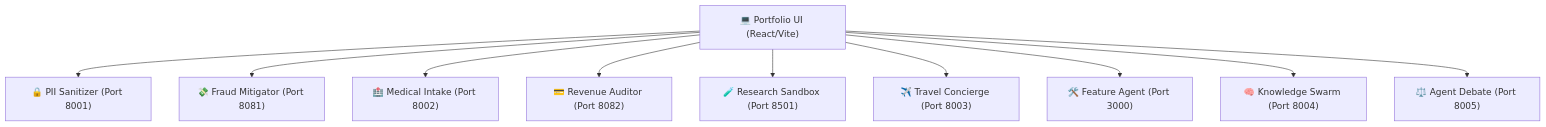
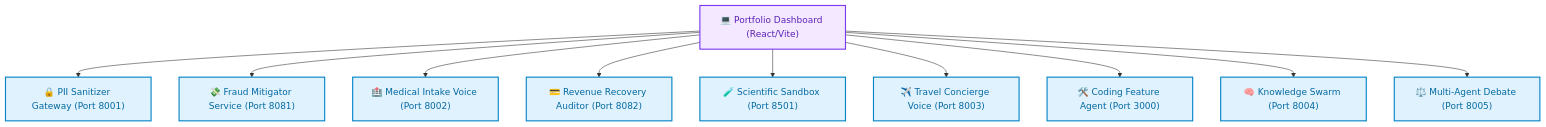
The diagram in README.md (akmalkhaniub/agentic-apps-portfolio), drawn with Mermaid before and after one commit. The commit also changed other lines of this file, not shown here.

Commit message:
docs: upgrade README with premium badges and custom-styled Mermaid charts

````diff
--- a/README.md
+++ b/README.md
@@ -13,12 +22,19 @@
 ```mermaid
 graph TD
-    UI["💻 Portfolio UI (React/Vite)"] --> P8001["🔒 PII Sanitizer (Port 8001)"]
-    UI --> P8081["💸 Fraud Mitigator (Port 8081)"]
-    UI --> P8002["🏥 Medical Intake (Port 8002)"]
-    UI --> P8082["💳 Revenue Auditor (Port 8082)"]
-    UI --> P8501["🧪 Research Sandbox (Port 8501)"]
-    UI --> P8003["✈️ Travel Concierge (Port 8003)"]
-    UI --> P3000["🛠️ Feature Agent (Port 3000)"]
+    classDef ui fill:#f3e8ff,stroke:#7c3aed,stroke-width:2px,color:#5b21b6;
+    classDef port fill:#e0f2fe,stroke:#0284c7,stroke-width:2px,color:#0369a1;
+    classDef agent fill:#fff7ed,stroke:#ea580c,stroke-width:2px,color:#9a3412;
+
+    UI["💻 Portfolio Dashboard (React/Vite)"] --> P8001["🔒 PII Sanitizer Gateway (Port 8001)"]
+    UI --> P8081["💸 Fraud Mitigator Service (Port 8081)"]
+    UI --> P8002["🏥 Medical Intake Voice (Port 8002)"]
+    UI --> P8082["💳 Revenue Recovery Auditor (Port 8082)"]
+    UI --> P8501["🧪 Scientific Sandbox (Port 8501)"]
+    UI --> P8003["✈️ Travel Concierge Voice (Port 8003)"]
+    UI --> P3000["🛠️ Coding Feature Agent (Port 3000)"]
     UI --> P8004["🧠 Knowledge Swarm (Port 8004)"]
-    UI --> P8005["⚖️ Agent Debate (Port 8005)"]
+    UI --> P8005["⚖️ Multi-Agent Debate (Port 8005)"]
+
+    class UI ui;
+    class P8001,P8081,P8002,P8082,P8501,P8003,P3000,P8004,P8005 port;
 ```
````
